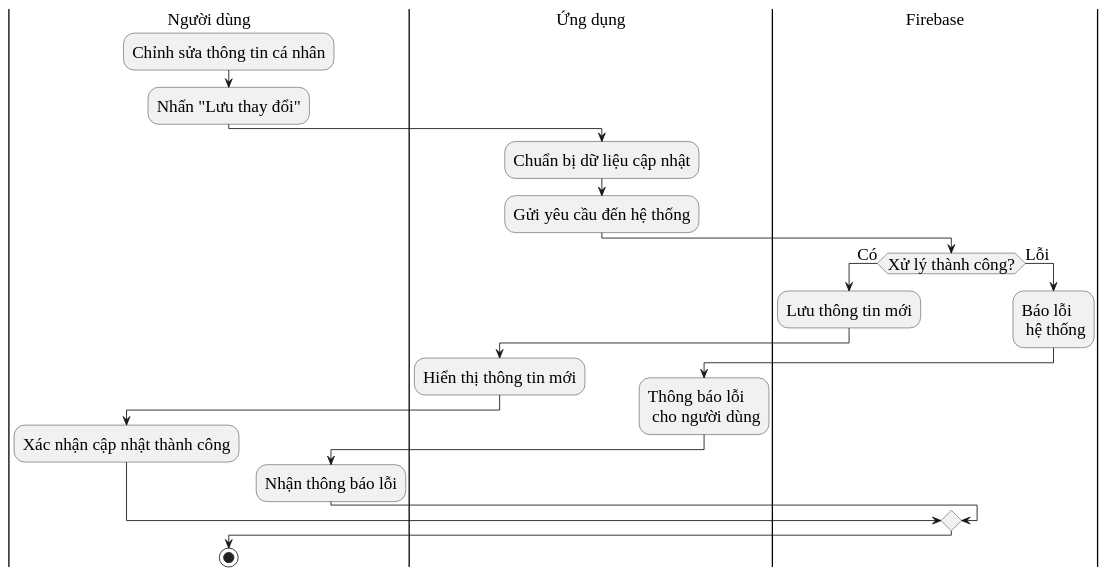
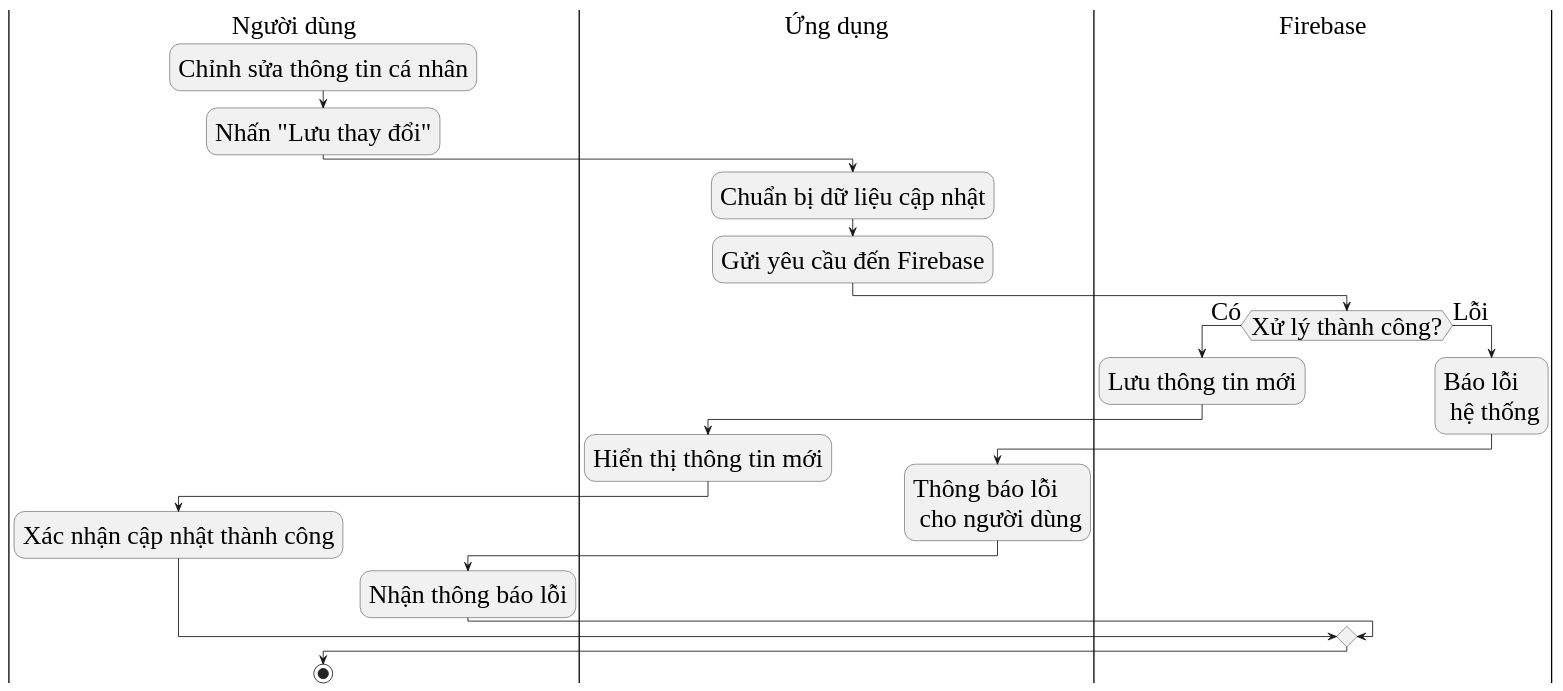
One commit to thecodinglife320/CookGood changed the diagram in diagram/update_profile.puml. Above: the diagram before and after it, drawn with PlantUML. The commit also changed 38 other files, not shown here.

```diff
--- a/diagram/update_profile.puml
+++ b/diagram/update_profile.puml
@@ -1,30 +1,30 @@
 @startuml
 skinparam DefaultFontName "Liberation Serif"
-skinparam DefaultFontSize 20
+skinparam DefaultFontSize 30
 
 |Người dùng|
 :Chỉnh sửa thông tin cá nhân;
 :Nhấn "Lưu thay đổi";
 
 |Ứng dụng|
 :Chuẩn bị dữ liệu cập nhật;
-:Gửi yêu cầu đến hệ thống;
+:Gửi yêu cầu đến Firebase;
 
 |Firebase|
 if (Xử lý thành công?) then (Có)
   :Lưu thông tin mới;
   |Ứng dụng|
   :Hiển thị thông tin mới;
   |Người dùng|
   :Xác nhận cập nhật thành công;
 else (Lỗi)
   |Firebase|
   :Báo lỗi \n hệ thống;
   |Ứng dụng|
   :Thông báo lỗi \n cho người dùng;
   |Người dùng|
   :Nhận thông báo lỗi;
 endif
 
 stop
 @enduml
```
